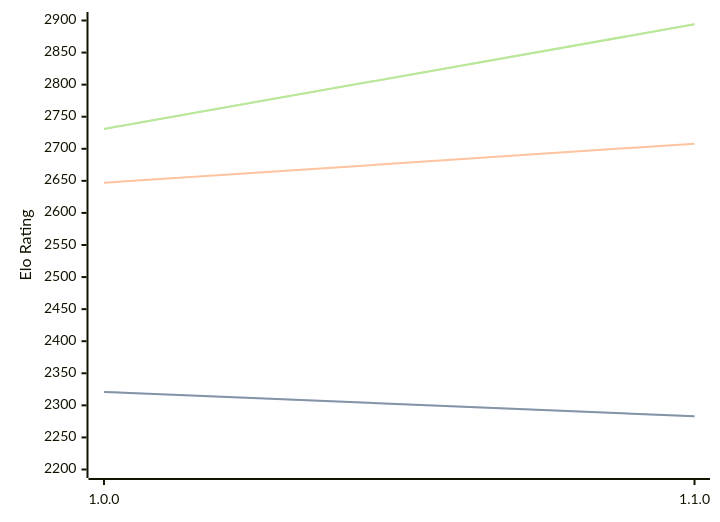
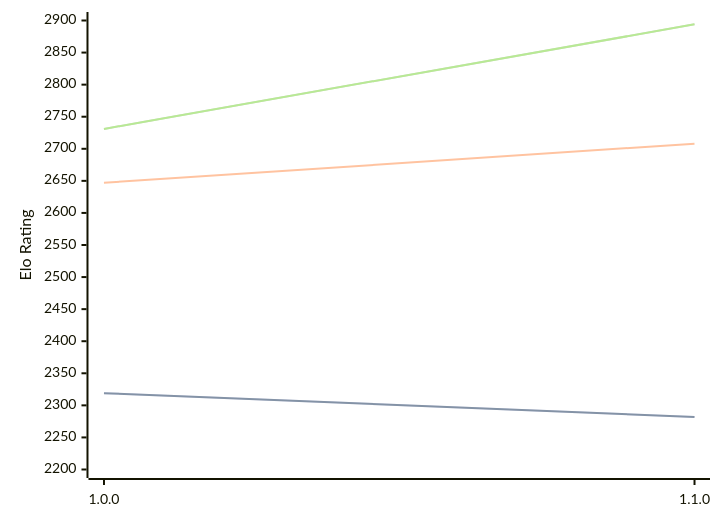
The diagram in engines/ShallowGuess.md (computer-chess-index/cci), drawn with Mermaid before and after one commit. The commit also changed other lines of this file, not shown here.

````diff
--- a/engines/ShallowGuess.md
+++ b/engines/ShallowGuess.md
@@ -36,11 +36,11 @@
 ```mermaid
 %%{init: {"theme":"base","themeVariables":{"seriesColors:['#a3a3a3','#222221','#faa371']}}}%%
 xychart-beta
   x-axis ["1.0.0", "1.1.0"]
   y-axis "Elo Rating" 2200 --> 2900
-  line "STC (8.0+0.08s)" [2321, 2283]
-  line "STC (8.0+0.08s)" [2321, 2283]
+  line "STC (8.0+0.08s)" [2319, 2282]
+  line "STC (8.0+0.08s)" [2319, 2282]
   line "LTC (60.0+0.60s)" [2647, 2708]
   line "VLTC (2m24s+1.12s)" [2731, 2894]
   line "VLTC (2m24s+1.12s)" [2731, 2894]
 ```
````
